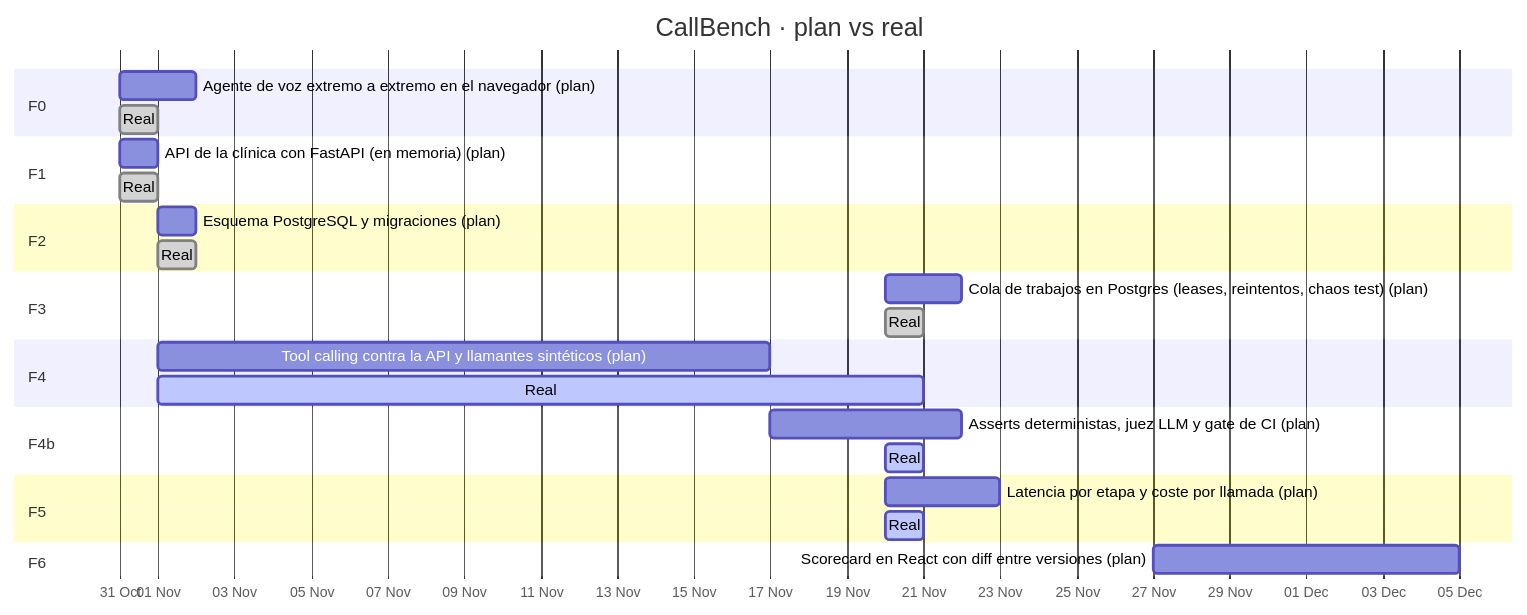
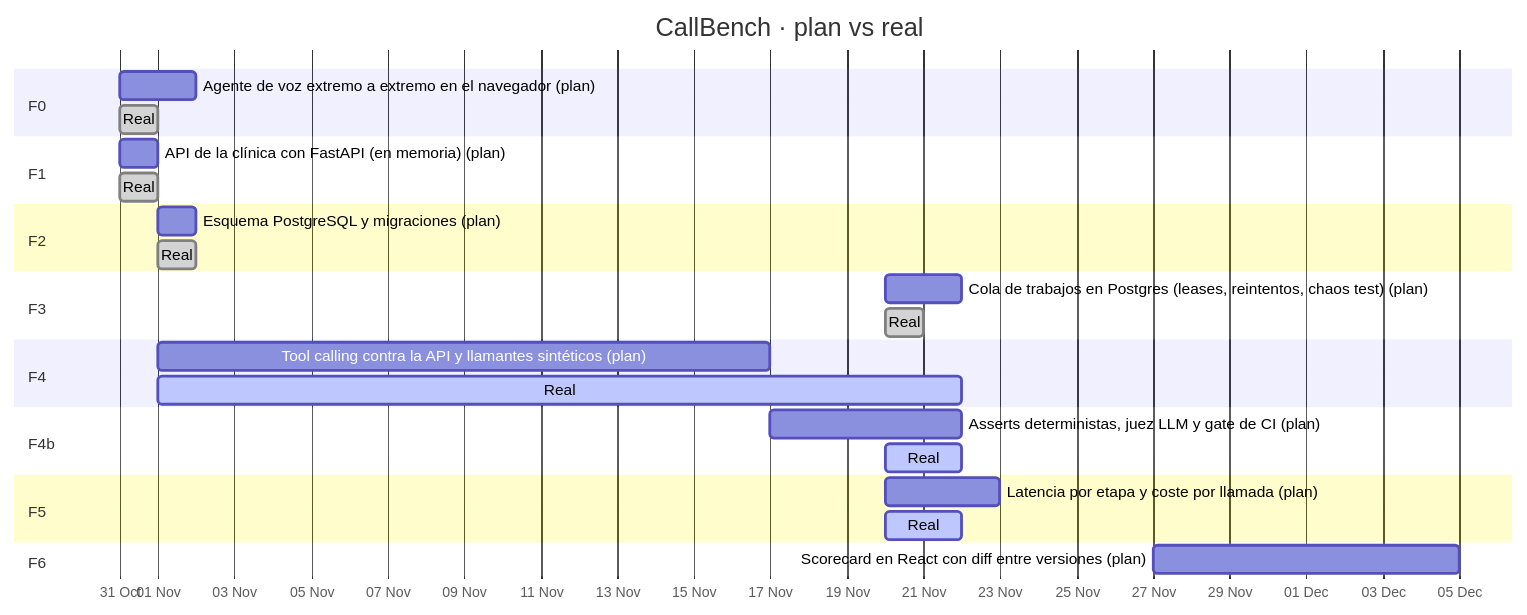
The diagram in docs/bitacora/GANTT.md (gabrielespelleta94/callbench), drawn with Mermaid before and after one commit. The commit also changed other lines of this file and 2 other files, not shown here.

````diff
--- a/docs/bitacora/GANTT.md
+++ b/docs/bitacora/GANTT.md
@@ -9,30 +9,30 @@
 ```mermaid
 gantt
     title CallBench · plan vs real
     dateFormat YYYY-MM-DD
     axisFormat %d %b
     todayMarker on
     section F0
     Agente de voz extremo a extremo en el navegador (plan) :F0p, 2026-10-31, 2026-11-02
     Real :done, F0r, 2026-10-31, 2026-11-01
     section F1
     API de la clínica con FastAPI (en memoria) (plan) :F1p, 2026-10-31, 2026-11-01
     Real :done, F1r, 2026-10-31, 2026-11-01
     section F2
     Esquema PostgreSQL y migraciones (plan) :F2p, 2026-11-01, 2026-11-02
     Real :done, F2r, 2026-11-01, 2026-11-02
     section F3
     Cola de trabajos en Postgres (leases, reintentos, chaos test) (plan) :F3p, 2026-11-20, 2026-11-22
     Real :done, F3r, 2026-11-20, 2026-11-21
     section F4
     Tool calling contra la API y llamantes sintéticos (plan) :F4p, 2026-11-01, 2026-11-17
-    Real :active, F4r, 2026-11-01, 2026-11-21
+    Real :active, F4r, 2026-11-01, 2026-11-22
     section F4b
     Asserts deterministas, juez LLM y gate de CI (plan) :F4bp, 2026-11-17, 2026-11-22
-    Real :active, F4br, 2026-11-20, 2026-11-21
+    Real :active, F4br, 2026-11-20, 2026-11-22
     section F5
     Latencia por etapa y coste por llamada (plan) :F5p, 2026-11-20, 2026-11-23
-    Real :active, F5r, 2026-11-20, 2026-11-21
+    Real :active, F5r, 2026-11-20, 2026-11-22
     section F6
     Scorecard en React con diff entre versiones (plan) :F6p, 2026-11-27, 2026-12-05
 ```
````
